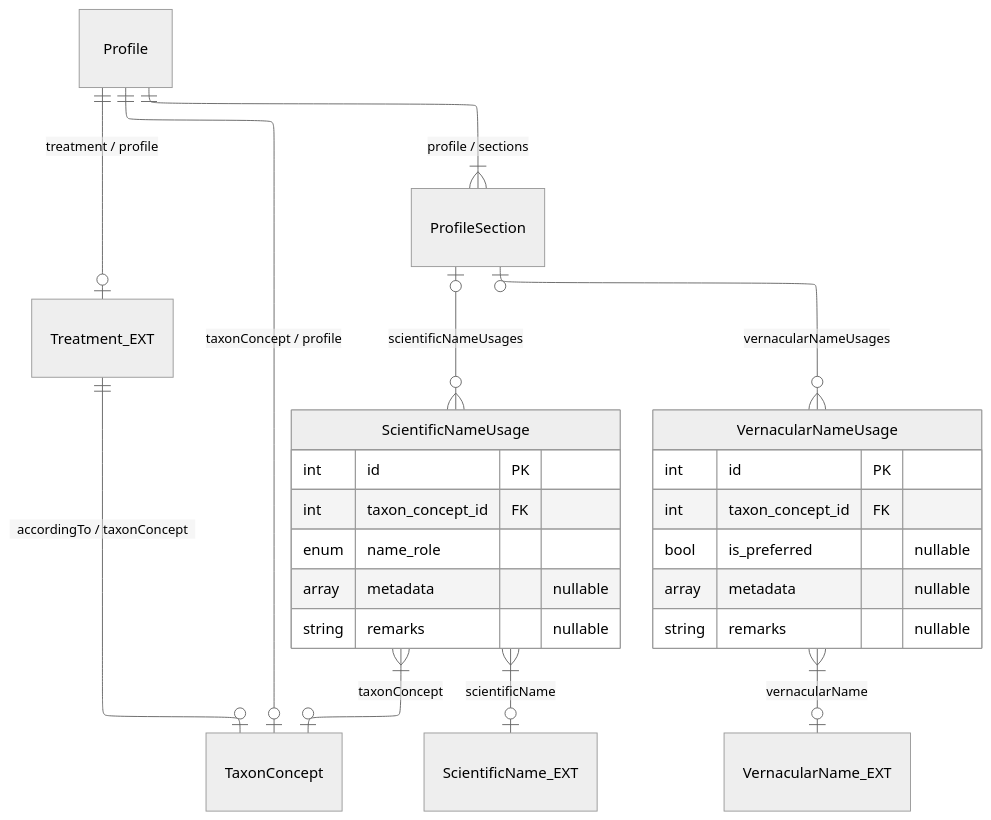
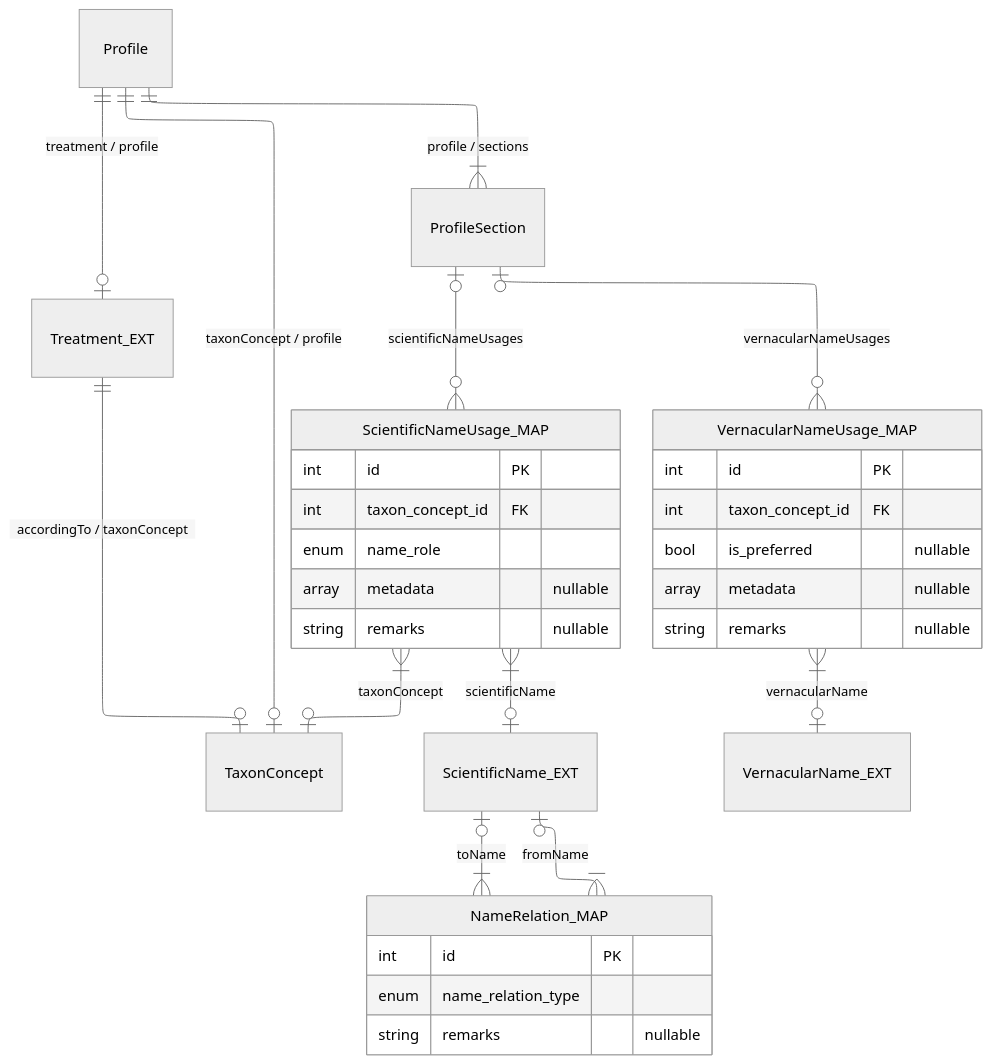
The diagram in source/_mermaid/layer-5b-name-usage.mmd (vicflora/vicflora-docs), drawn with Mermaid (neutral theme) before and after one commit. The commit also changed 2 other files, not shown here.

```diff
--- a/source/_mermaid/layer-5b-name-usage.mmd
+++ b/source/_mermaid/layer-5b-name-usage.mmd
@@ -1,33 +1,42 @@
 ---
 config:
   layout: elk
 ---
 erDiagram
   Profile ||--|{ ProfileSection : "profile / sections"
 
   Profile ||--o| TaxonConcept : "taxonConcept / profile"
   Profile ||--o| Treatment_EXT : "treatment / profile"
   Treatment_EXT ||--o| TaxonConcept : "accordingTo / taxonConcept"
 
-  ProfileSection |o--o{ ScientificNameUsage : "scientificNameUsages"
-  ScientificNameUsage }|--o| TaxonConcept : "taxonConcept"
-  ScientificNameUsage }|--o| ScientificName_EXT : "scientificName"
+  ProfileSection |o--o{ ScientificNameUsage_MAP : "scientificNameUsages"
+  ScientificNameUsage_MAP }|--o| TaxonConcept : "taxonConcept"
+  ScientificNameUsage_MAP }|--o| ScientificName_EXT : "scientificName"
 
-  ProfileSection |o--o{ VernacularNameUsage : "vernacularNameUsages"
-  VernacularNameUsage }|--o| VernacularName_EXT : "vernacularName"
+  ScientificName_EXT |o--|{ NameRelation_MAP : "fromName"
+  ScientificName_EXT |o--|{ NameRelation_MAP : "toName"
 
-  ScientificNameUsage {
+  ProfileSection |o--o{ VernacularNameUsage_MAP : "vernacularNameUsages"
+  VernacularNameUsage_MAP }|--o| VernacularName_EXT : "vernacularName"
+
+  ScientificNameUsage_MAP {
     int id PK
     int taxon_concept_id FK
     enum name_role
     array metadata "nullable"
     string remarks "nullable"
   }
 
-  VernacularNameUsage {
+  VernacularNameUsage_MAP {
     int id PK
     int taxon_concept_id FK
     bool is_preferred "nullable"
     array metadata "nullable"
     string remarks "nullable"
   }
+
+  NameRelation_MAP {
+    int id PK
+    enum name_relation_type
+    string remarks "nullable"
+  }
```
